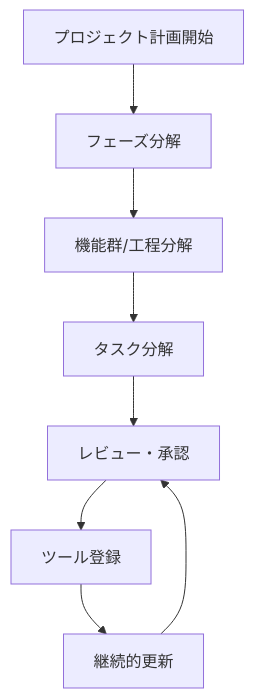
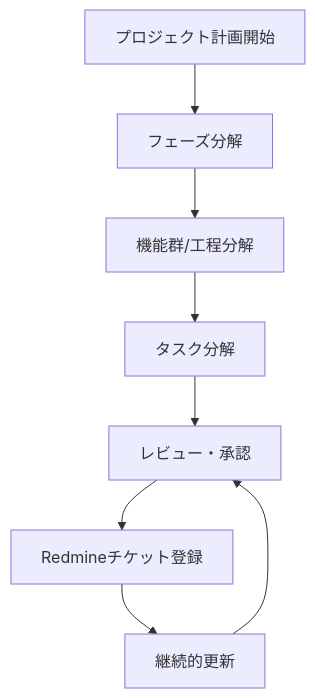
The second of 4 diagrams in 00.管理/20.進捗管理/PJT計画補足-進捗管理.md (ssgen358/public_project_man), drawn with Mermaid before and after one commit. The commit also changed other lines of this file, not shown here.

````diff
--- a/00.管理/20.進捗管理/PJT計画補足-進捗管理.md
+++ b/00.管理/20.進捗管理/PJT計画補足-進捗管理.md
@@ -114,10 +117,10 @@
 ```mermaid
 graph TD
     Start[プロジェクト計画開始] --> Phase[フェーズ分解]
     Phase --> Feature[機能群/工程分解]
     Feature --> Task[タスク分解]
     Task --> Review[レビュー・承認]
-    Review --> Register[ツール登録]
+    Review --> Register[Redmineチケット登録]
     Register --> Update[継続的更新]
     Update --> Review
 ```
````
